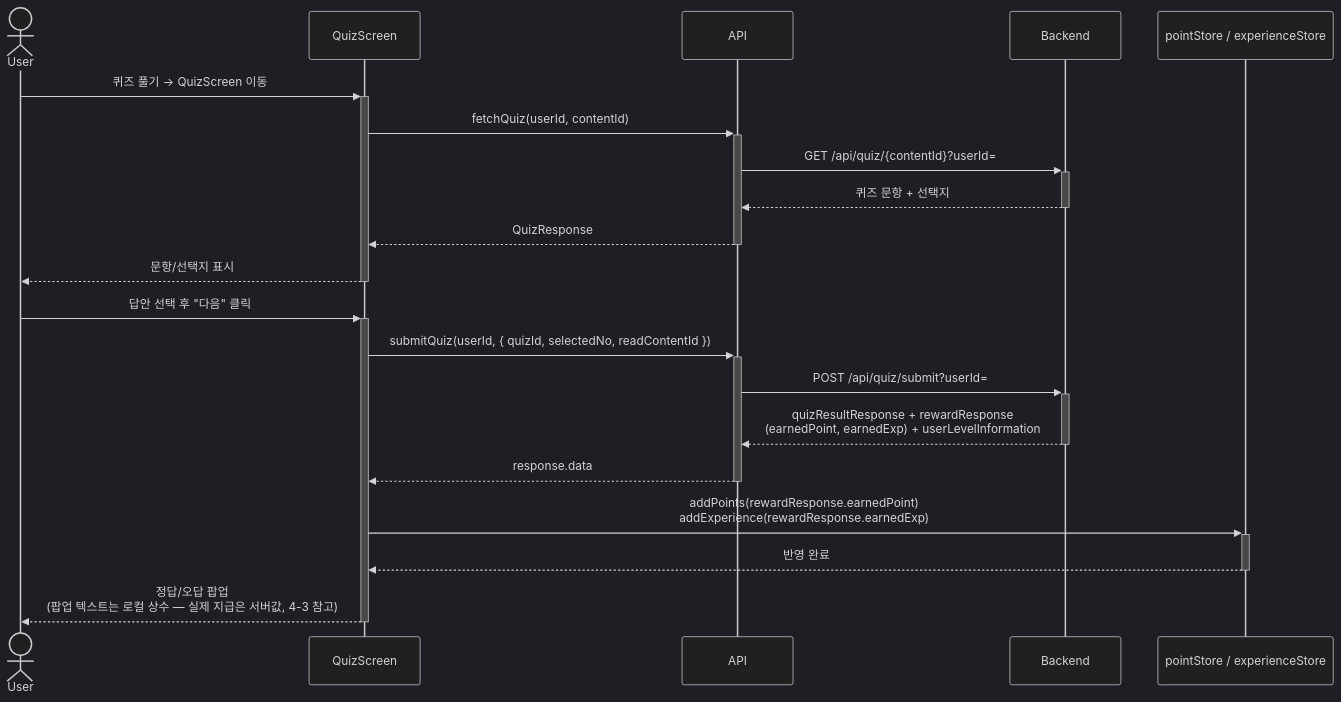
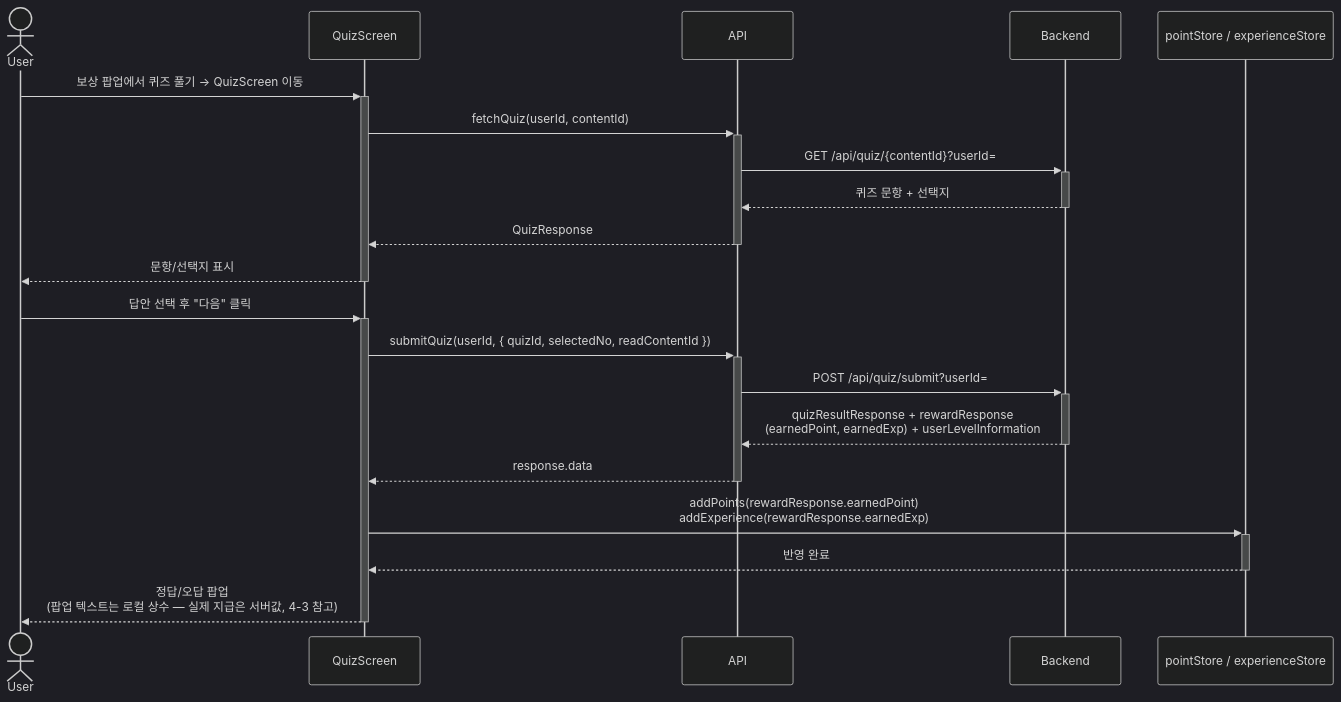
Before and after one commit to SWYP-app-3-10/neurous-client: the sixth of 12 diagrams in docs/ARCHITECTURE.md, drawn with Mermaid (dark theme). The commit also changed other lines of this file and 18 other files, not shown here.

Commit message:
refactor: align analytics events with updated user flows (#154)

````diff
--- a/docs/ARCHITECTURE.md
+++ b/docs/ARCHITECTURE.md
@@ -206,24 +206,24 @@
 ```mermaid
 sequenceDiagram
     actor User
     participant Screen as QuizScreen
     participant API
     participant Backend
     participant Store as pointStore / experienceStore
 
-    User->>+Screen: 퀴즈 풀기 → QuizScreen 이동
+    User->>+Screen: 보상 팝업에서 퀴즈 풀기 → QuizScreen 이동
     Screen->>+API: fetchQuiz(userId, contentId)
     API->>+Backend: GET /api/quiz/{contentId}?userId=
     Backend-->>-API: 퀴즈 문항 + 선택지
     API-->>-Screen: QuizResponse
     Screen-->>-User: 문항/선택지 표시
 
     User->>+Screen: 답안 선택 후 "다음" 클릭
     Screen->>+API: submitQuiz(userId, { quizId, selectedNo, readContentId })
     API->>+Backend: POST /api/quiz/submit?userId=
     Backend-->>-API: quizResultResponse + rewardResponse<br/>(earnedPoint, earnedExp) + userLevelInformation
     API-->>-Screen: response.data
     Screen->>+Store: addPoints(rewardResponse.earnedPoint)<br/>addExperience(rewardResponse.earnedExp)
     Store-->>-Screen: 반영 완료
     Screen-->>-User: 정답/오답 팝업<br/>(팝업 텍스트는 로컬 상수 — 실제 지급은 서버값, 4-3 참고)
 ```
````
